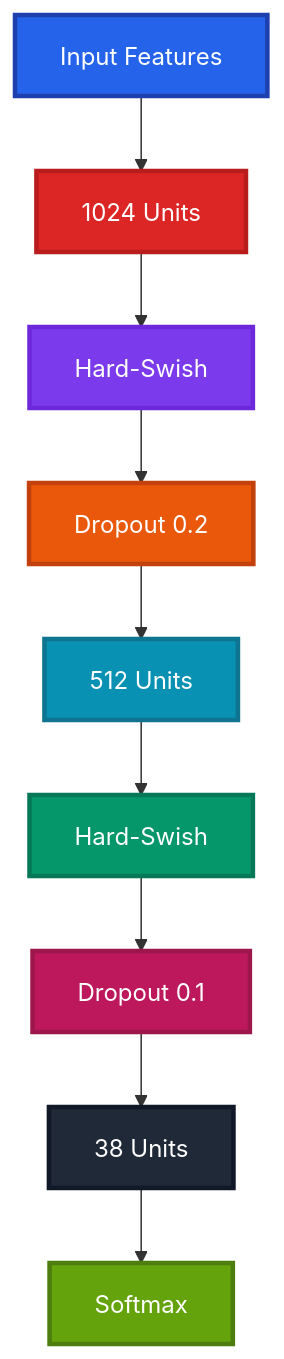
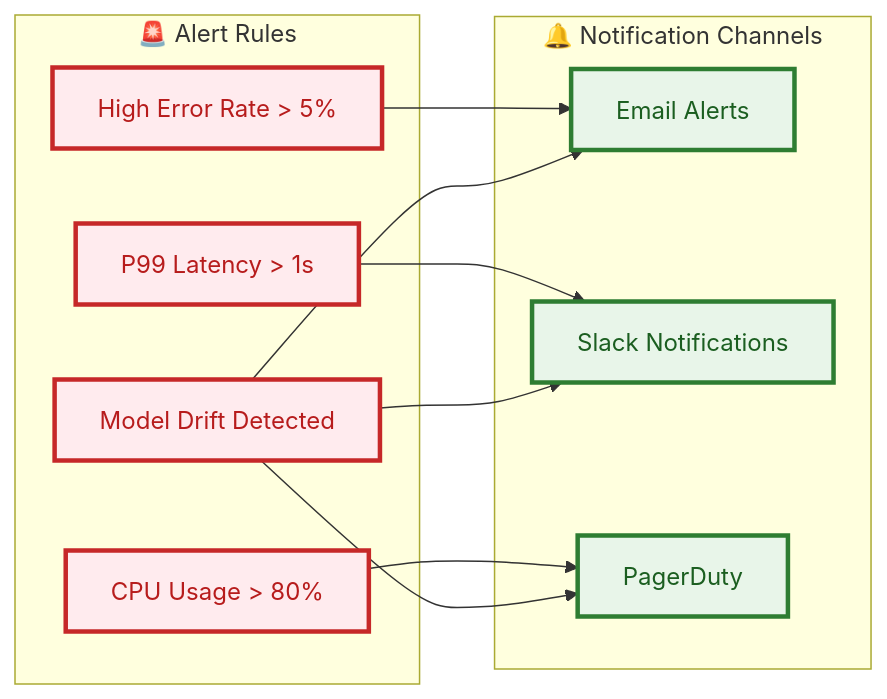
One commit to VIKAS9793/Krishisahayak-2.0 changed diagram 14 of 14 in docs/ARCHITECTURE.md. Above: the diagram before and after it, drawn with Mermaid. The commit also changed other lines of this file and 1 other file, not shown here.

First line of the commit message:
docs: Add comprehensive ARCHITECTURE.md and MODEL_CARD.md

````diff
--- a/docs/ARCHITECTURE.md
+++ b/docs/ARCHITECTURE.md
@@ -662,21 +687,26 @@
 ```mermaid
-graph TD
-    A[Input Features] --> B[1024 Units]
-    B --> C[Hard-Swish]
-    C --> D[Dropout 0.2]
-    D --> E[512 Units]
-    E --> F[Hard-Swish]
-    F --> G[Dropout 0.1]
-    G --> H[38 Units]
-    H --> I[Softmax]
-
-    style A fill:#2563eb,stroke:#1e40af,stroke-width:3px,color:#ffffff
-    style B fill:#dc2626,stroke:#b91c1c,stroke-width:3px,color:#ffffff
-    style C fill:#7c3aed,stroke:#6d28d9,stroke-width:3px,color:#ffffff
-    style D fill:#ea580c,stroke:#c2410c,stroke-width:3px,color:#ffffff
-    style E fill:#0891b2,stroke:#0e7490,stroke-width:3px,color:#ffffff
-    style F fill:#059669,stroke:#047857,stroke-width:3px,color:#ffffff
-    style G fill:#be185d,stroke:#9d174d,stroke-width:3px,color:#ffffff
-    style H fill:#1f2937,stroke:#111827,stroke-width:3px,color:#ffffff
-    style I fill:#65a30d,stroke:#4d7c0f,stroke-width:3px,color:#ffffff
+graph LR
+    subgraph Rules [" 🚨 Alert Rules "]
+        A[High Error Rate > 5%]
+        B[P99 Latency > 1s]
+        C[CPU Usage > 80%]
+        D[Model Drift Detected]
+    end
+    
+    subgraph Actions [" 🔔 Notification Channels "]
+        E[Email Alerts]
+        F[Slack Notifications]
+        G[PagerDuty]
+    end
+    
+    A --> E
+    B --> F
+    C --> G
+    D --> E & F & G
+    
+    classDef alert fill:#ffebee,stroke:#c62828,stroke-width:3px,color:#b71c1c
+    classDef notify fill:#e8f5e9,stroke:#2e7d32,stroke-width:3px,color:#1b5e20
+    
+    class A,B,C,D alert
+    class E,F,G notify
 ```
````
